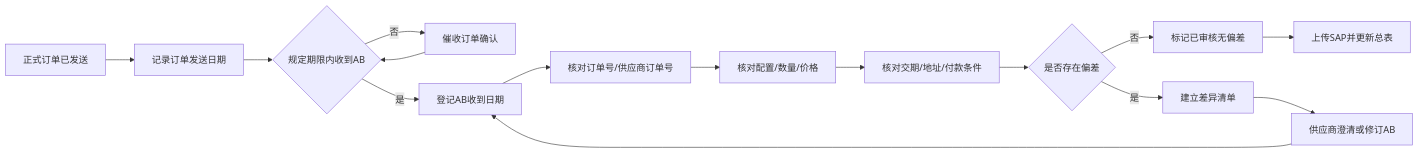
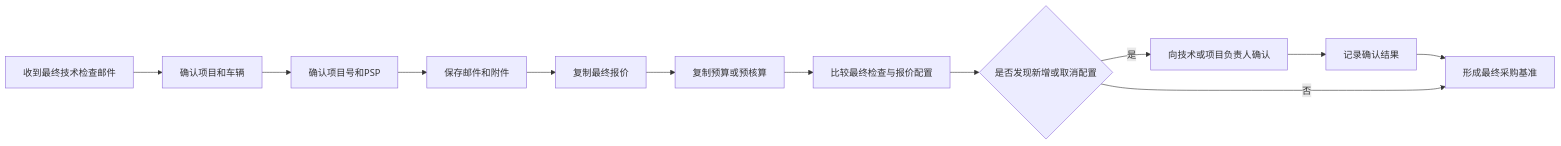
One commit to giengenbw/chassisprocess changed diagram 12 of 52 in README.md. Above: the diagram before and after it, drawn with Mermaid. The commit also changed other lines of this file, not shown here.

````diff
--- a/README.md
+++ b/README.md
@@ -510,17 +259,14 @@
 ```mermaid
 flowchart LR
-    A[正式订单已发送] --> B[记录订单发送日期]
-    B --> C{规定期限内收到AB}
-    C -->|否| D[催收订单确认]
-    D --> C
-    C -->|是| E[登记AB收到日期]
-    E --> F[核对订单号/供应商订单号]
-    F --> G[核对配置/数量/价格]
-    G --> H[核对交期/地址/付款条件]
-    H --> I{是否存在偏差}
-    I -->|否| J[标记已审核无偏差]
-    J --> K[上传SAP并更新总表]
-    I -->|是| L[建立差异清单]
-    L --> M[供应商澄清或修订AB]
-    M --> E
+    A[收到最终技术检查邮件] --> B[确认项目和车辆]
+    B --> C[确认项目号和PSP]
+    C --> D[保存邮件和附件]
+    D --> E[复制最终报价]
+    E --> F[复制预算或预核算]
+    F --> G[比较最终检查与报价配置]
+    G --> H{是否发现新增或取消配置}
+    H -->|是| I[向技术或项目负责人确认]
+    I --> J[记录确认结果]
+    J --> K[形成最终采购基准]
+    H -->|否| K
 ```
````
